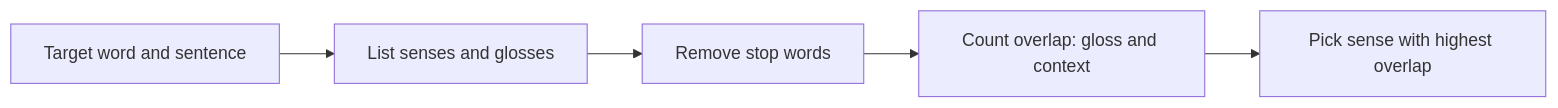
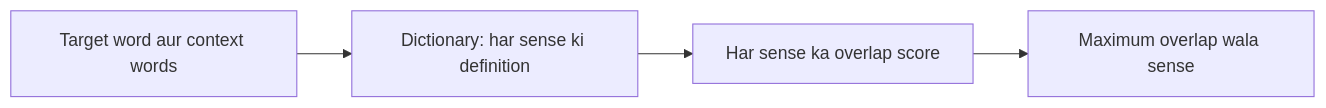
One commit to TrendySloth1001/sem-seven-notes changed the diagram in content/natural-language-processing/pyq/2025-05/q3b.hi.mdx. Above: the diagram before and after it, drawn with Mermaid. The commit also changed other lines of this file and 406 other files, not shown here.

````diff
--- a/content/natural-language-processing/pyq/2025-05/q3b.hi.mdx
+++ b/content/natural-language-processing/pyq/2025-05/q3b.hi.mdx
@@ -18,8 +57,7 @@
 ```mermaid
-%% caption: Lesk context ko har sense ki gloss se compare karta hai aur sabse bada overlap chunta hai.
+%% caption: Dictionary-based approach: har sense ko context ke saath overlap se score karo.
 flowchart LR
-  A["Target word and sentence"] --> B["List senses and glosses"]
-  B --> C["Remove stop words"]
-  C --> D["Count overlap: gloss and context"]
-  D --> E["Pick sense with highest overlap"]
+  A["Target word aur context words"] --> B["Dictionary: har sense ki definition"]
+  B --> C["Har sense ka overlap score"]
+  C --> D["Maximum overlap wala sense"]
 ```
````
